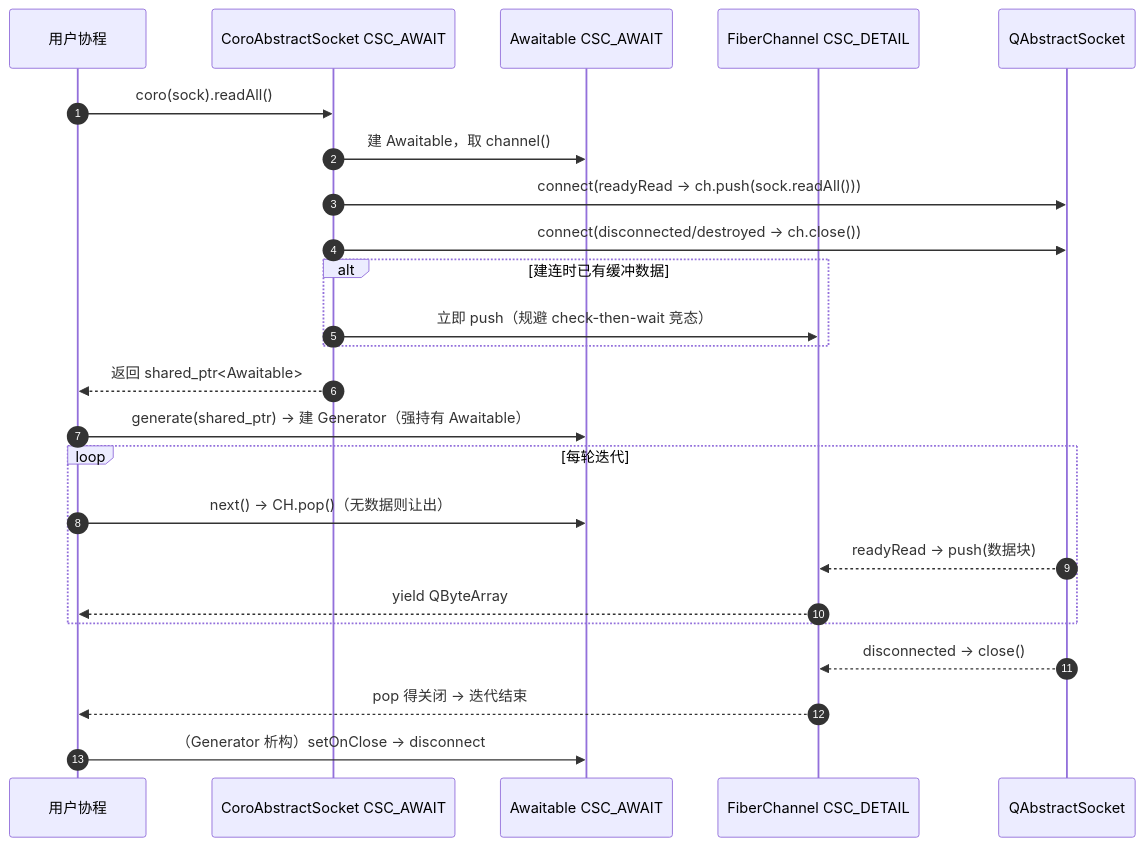
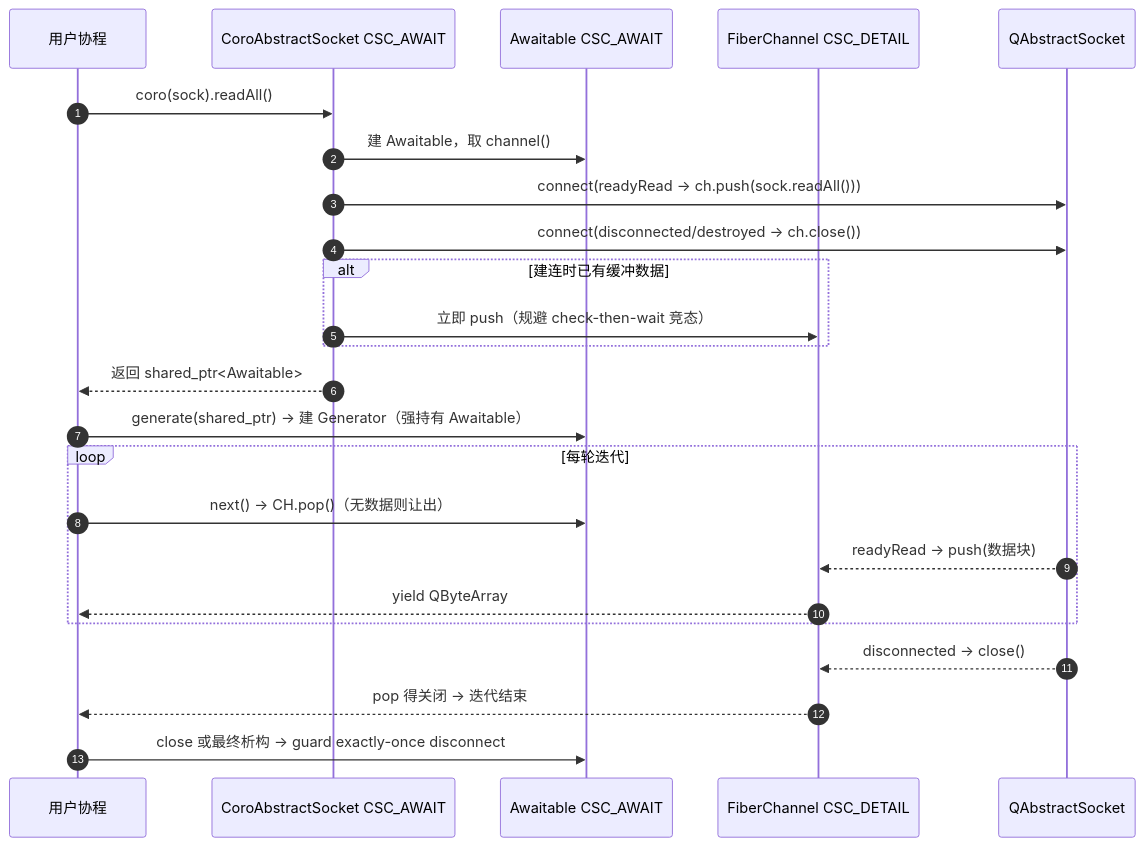
The tenth of 16 diagrams in doc/软件设计说明.md (Ste7an-cs/AsyncTask), drawn with Mermaid before and after one commit. The commit also changed other lines of this file and 2 other files, not shown here.

````diff
--- a/doc/软件设计说明.md
+++ b/doc/软件设计说明.md
@@ -451,27 +456,27 @@
 ```mermaid
 sequenceDiagram
     autonumber
     participant U as 用户协程
     participant W as CoroAbstractSocket CSC_AWAIT
     participant A as Awaitable CSC_AWAIT
     participant CH as FiberChannel CSC_DETAIL
     participant Sk as QAbstractSocket
 
     U->>W: coro(sock).readAll()
     W->>A: 建 Awaitable，取 channel()
     W->>Sk: connect(readyRead → ch.push(sock.readAll()))
     W->>Sk: connect(disconnected/destroyed → ch.close())
     alt 建连时已有缓冲数据
         W->>CH: 立即 push（规避 check-then-wait 竞态）
     end
     W-->>U: 返回 shared_ptr<Awaitable>
     U->>A: generate(shared_ptr) → 建 Generator（强持有 Awaitable）
     loop 每轮迭代
         U->>A: next() → CH.pop()（无数据则让出）
         Sk-->>CH: readyRead → push(数据块)
         CH-->>U: yield QByteArray
     end
     Sk-->>CH: disconnected → close()
     CH-->>U: pop 得关闭 → 迭代结束
-    U->>A: （Generator 析构）setOnClose → disconnect
+    U->>A: close 或最终析构 → guard exactly-once disconnect
 ```
````
